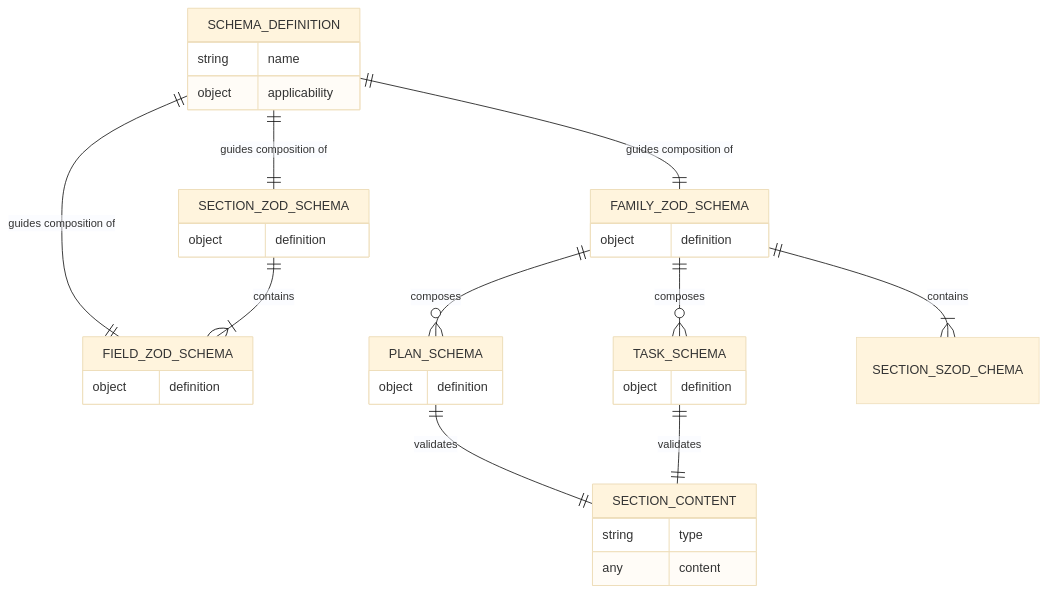
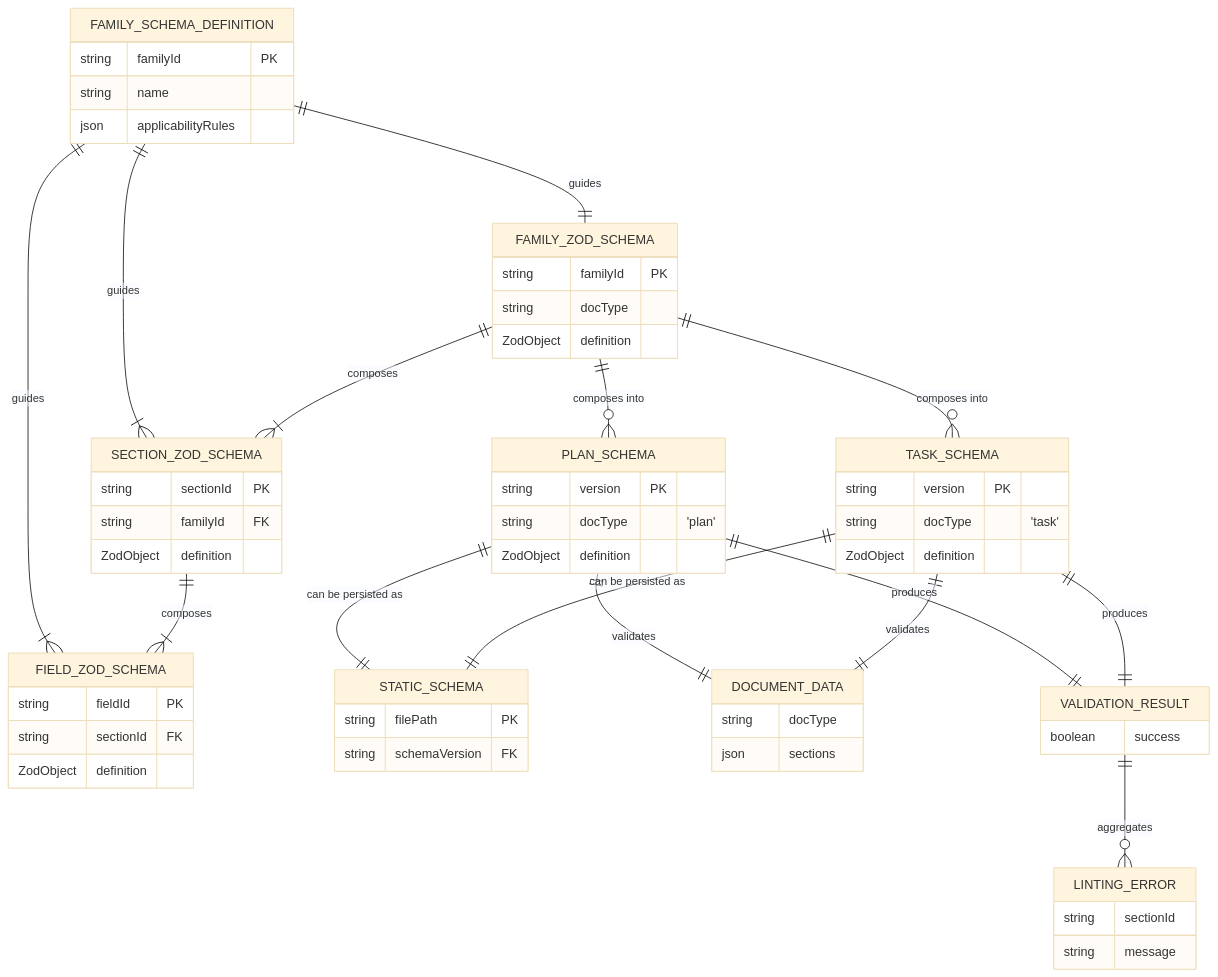
Before and after one commit to livelifelively/documentation-driven-development-tools: the first of 4 diagrams in docs/requirements/p1-p6.t32-define-section-content-schemas.task.md, drawn with Mermaid (base theme). The commit also changed other lines of this file and 9 other files, not shown here.

````diff
--- a/docs/requirements/p1-p6.t32-define-section-content-schemas.task.md
+++ b/docs/requirements/p1-p6.t32-define-section-content-schemas.task.md
@@ -64,39 +64,68 @@
 ```mermaid
 erDiagram
-    SCHEMA_DEFINITION {
+    FAMILY_SCHEMA_DEFINITION {
+        string familyId PK
         string name
-        object applicability
+        json applicabilityRules
     }
     FAMILY_ZOD_SCHEMA {
-        object definition
+        string familyId PK
+        string docType
+        ZodObject definition
     }
     SECTION_ZOD_SCHEMA {
-        object definition
+        string sectionId PK
+        string familyId FK
+        ZodObject definition
     }
     FIELD_ZOD_SCHEMA {
-        object definition
+        string fieldId PK
+        string sectionId FK
+        ZodObject definition
     }
     PLAN_SCHEMA {
-        object definition
+        string version PK
+        string docType "'plan'"
+        ZodObject definition
     }
     TASK_SCHEMA {
-        object definition
+        string version PK
+        string docType "'task'"
+        ZodObject definition
     }
-    SECTION_CONTENT {
-        string type
-        any content
+    STATIC_SCHEMA {
+        string filePath PK
+        string schemaVersion FK
+    }
+    DOCUMENT_DATA {
+        string docType
+        json sections
+    }
+    VALIDATION_RESULT {
+        boolean success
+    }
+    LINTING_ERROR {
+        string sectionId
+        string message
     }
 
-    SCHEMA_DEFINITION ||--|| FAMILY_ZOD_SCHEMA : "guides composition of"
-    SCHEMA_DEFINITION ||--|| SECTION_ZOD_SCHEMA : "guides composition of"
-    SCHEMA_DEFINITION ||--|| FIELD_ZOD_SCHEMA : "guides composition of"
+    FAMILY_SCHEMA_DEFINITION ||--|| FAMILY_ZOD_SCHEMA : "guides"
+    FAMILY_SCHEMA_DEFINITION ||--|{ SECTION_ZOD_SCHEMA : "guides"
+    FAMILY_SCHEMA_DEFINITION ||--|{ FIELD_ZOD_SCHEMA : "guides"
 
-    FAMILY_ZOD_SCHEMA ||--|{ SECTION_SZOD_CHEMA : "contains"
-    SECTION_ZOD_SCHEMA ||--|{ FIELD_ZOD_SCHEMA : "contains"
+    FAMILY_ZOD_SCHEMA ||--|{ SECTION_ZOD_SCHEMA : "composes"
+    SECTION_ZOD_SCHEMA ||--|{ FIELD_ZOD_SCHEMA : "composes"
 
-    FAMILY_ZOD_SCHEMA ||--o{ PLAN_SCHEMA : "composes"
-    FAMILY_ZOD_SCHEMA ||--o{ TASK_SCHEMA : "composes"
+    FAMILY_ZOD_SCHEMA ||--o{ PLAN_SCHEMA : "composes into"
+    FAMILY_ZOD_SCHEMA ||--o{ TASK_SCHEMA : "composes into"
 
-    PLAN_SCHEMA ||--|| SECTION_CONTENT : "validates"
-    TASK_SCHEMA ||--|| SECTION_CONTENT : "validates"
+    PLAN_SCHEMA ||--|| STATIC_SCHEMA : "can be persisted as"
+    TASK_SCHEMA ||--|| STATIC_SCHEMA : "can be persisted as"
+
+    PLAN_SCHEMA ||--|| DOCUMENT_DATA : "validates"
+    TASK_SCHEMA ||--|| DOCUMENT_DATA : "validates"
+
+    PLAN_SCHEMA ||--|| VALIDATION_RESULT : "produces"
+    TASK_SCHEMA ||--|| VALIDATION_RESULT : "produces"
+    VALIDATION_RESULT ||--o{ LINTING_ERROR : "aggregates"
 ```
````
